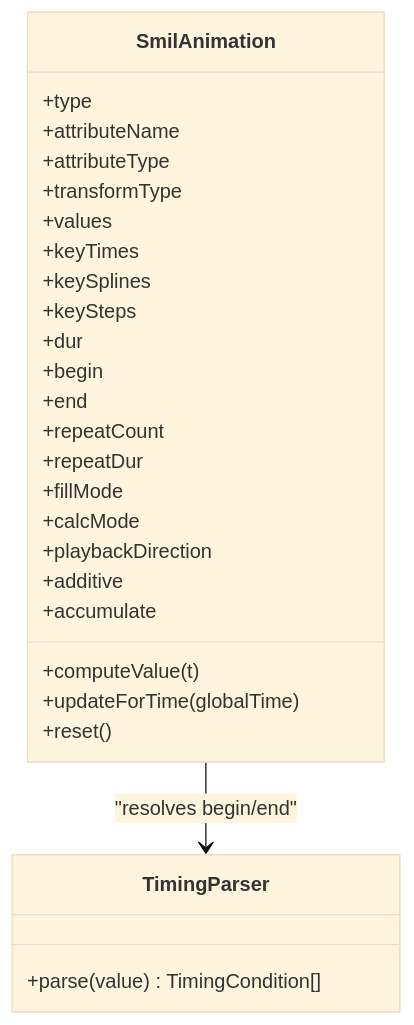
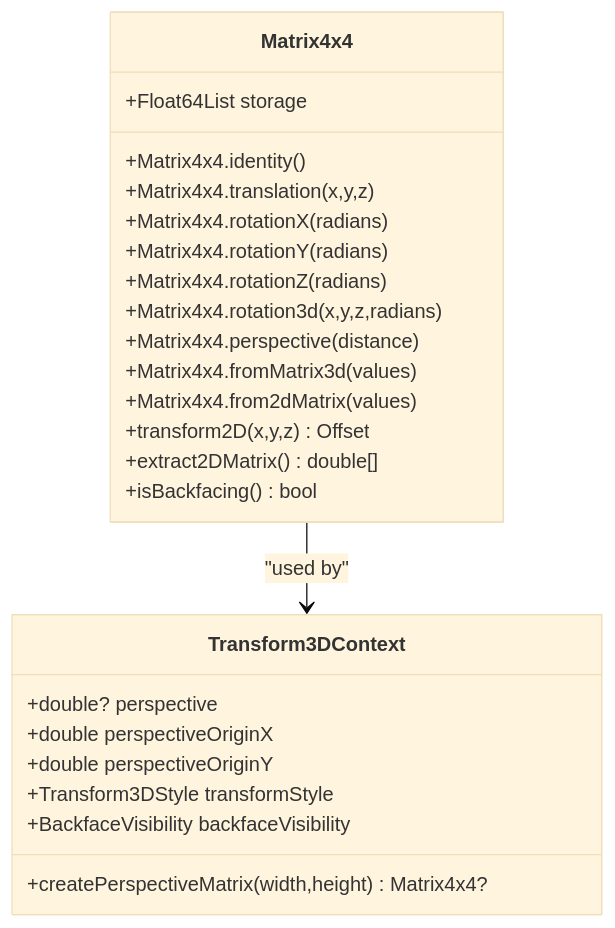
The sixth of 7 diagrams in .qoder/repowiki/en/content/Animated SVG Support/CSS Animation Conversion.md (denisnadey/flutter_full_svg_support), drawn with Mermaid (base theme) before and after one commit. The commit also changed other lines of this file and 39 other files, not shown here.

First line of the commit message:
feat(animation): add advanced CSS processing and 3D transform support

````diff
--- a/.qoder/repowiki/en/content/Animated SVG Support/CSS Animation Conversion.md
+++ b/.qoder/repowiki/en/content/Animated SVG Support/CSS Animation Conversion.md
@@ -182,30 +295,27 @@
 ```mermaid
 classDiagram
-class SmilAnimation {
-+type
-+attributeName
-+attributeType
-+transformType
-+values
-+keyTimes
-+keySplines
-+keySteps
-+dur
-+begin
-+end
-+repeatCount
-+repeatDur
-+fillMode
-+calcMode
-+playbackDirection
-+additive
-+accumulate
-+computeValue(t)
-+updateForTime(globalTime)
-+reset()
+class Matrix4x4 {
++Float64List storage
++Matrix4x4.identity()
++Matrix4x4.translation(x,y,z)
++Matrix4x4.rotationX(radians)
++Matrix4x4.rotationY(radians)
++Matrix4x4.rotationZ(radians)
++Matrix4x4.rotation3d(x,y,z,radians)
++Matrix4x4.perspective(distance)
++Matrix4x4.fromMatrix3d(values)
++Matrix4x4.from2dMatrix(values)
++transform2D(x,y,z) Offset
++extract2DMatrix() double[]
++isBackfacing() bool
 }
-class TimingParser {
-+parse(value) TimingCondition[]
+class Transform3DContext {
++double? perspective
++double perspectiveOriginX
++double perspectiveOriginY
++Transform3DStyle transformStyle
++BackfaceVisibility backfaceVisibility
++createPerspectiveMatrix(width,height) Matrix4x4?
 }
-SmilAnimation --> TimingParser : "resolves begin/end"
+Matrix4x4 --> Transform3DContext : "used by"
 ```
````
